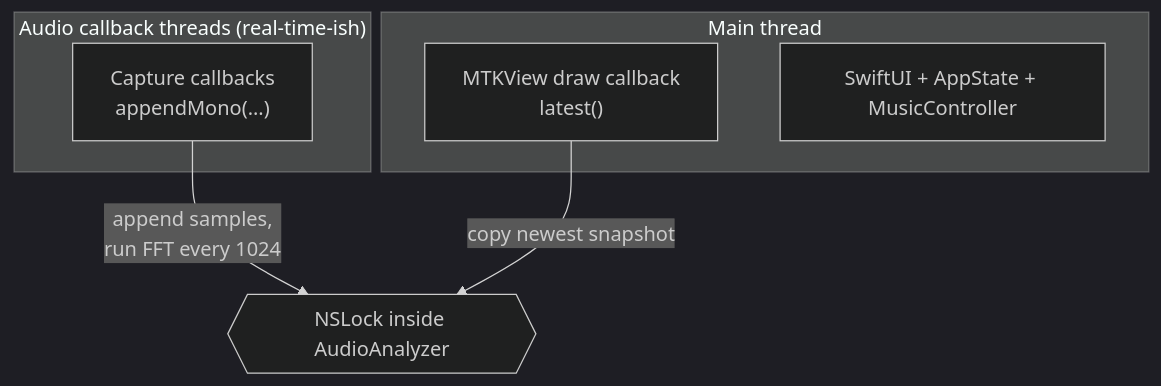
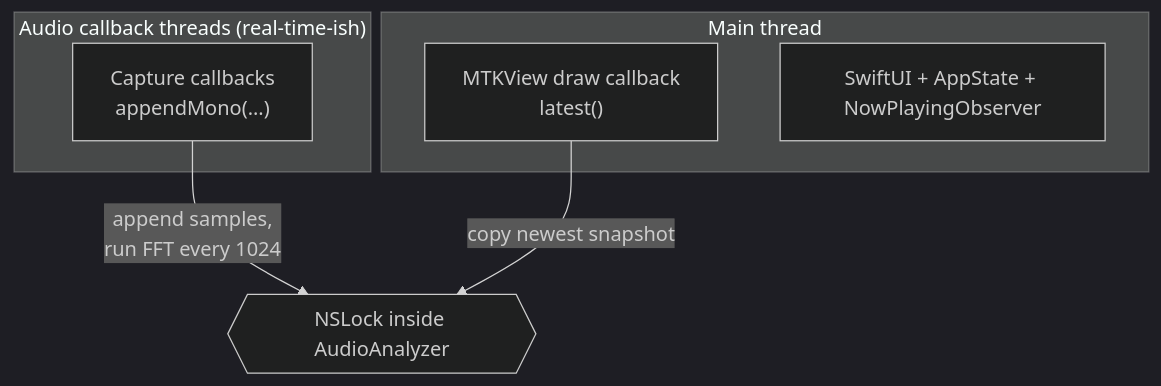
One commit to jonjaques/synesthia changed the second of 3 diagrams in docs/architecture.md. Above: the diagram before and after it, drawn with Mermaid (dark theme). The commit also changed other lines of this file and 78 other files, not shown here.

````diff
--- a/docs/architecture.md
+++ b/docs/architecture.md
@@ -73,13 +74,13 @@
 ```mermaid
 flowchart TD
     subgraph audioThreads["Audio callback threads (real-time-ish)"]
         CB["Capture callbacks<br>appendMono(...)"]
     end
     subgraph mainThread["Main thread"]
         DRAW["MTKView draw callback<br>latest()"]
-        UI2["SwiftUI + AppState + MusicController"]
+        UI2["SwiftUI + AppState + NowPlayingObserver"]
     end
     LOCK{{"NSLock inside AudioAnalyzer"}}
     CB -- "append samples,<br>run FFT every 1024" --> LOCK
     DRAW -- "copy newest snapshot" --> LOCK
 ```
````
